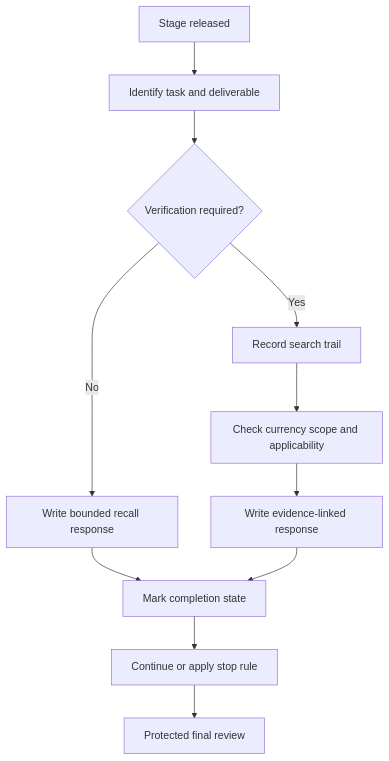
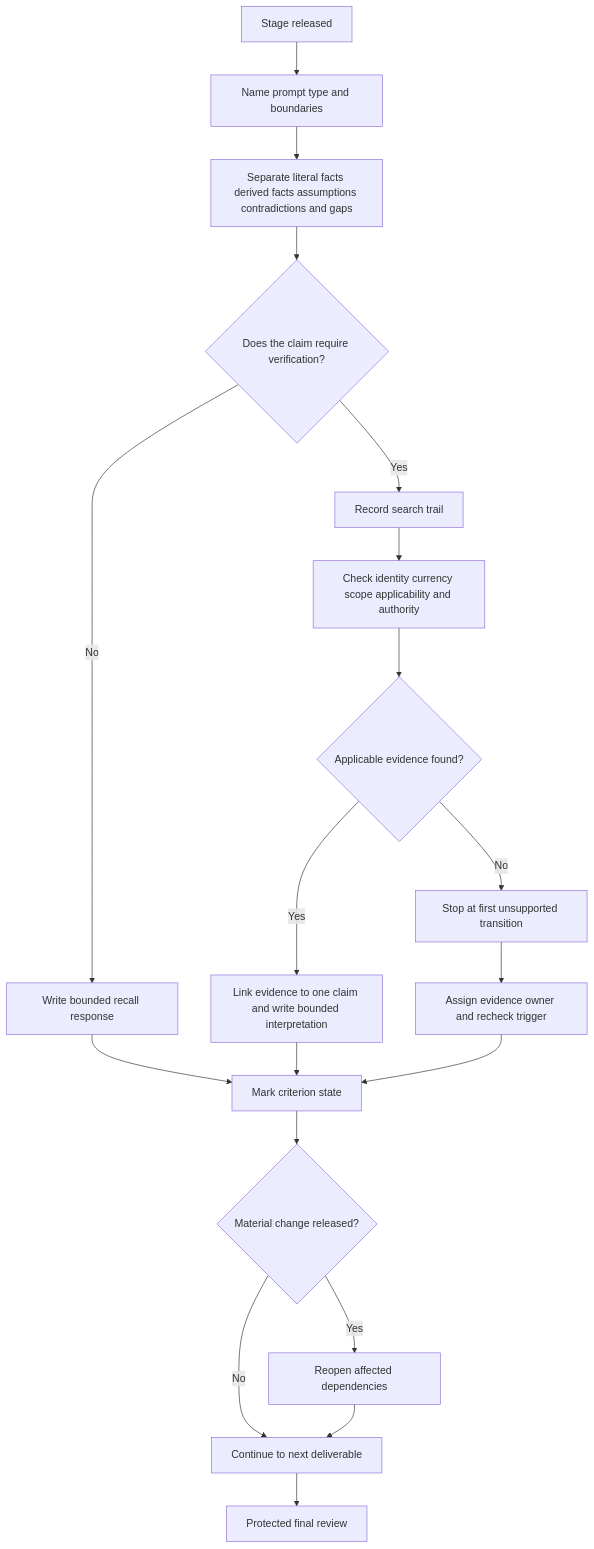
The first of 2 diagrams in docs/learning-plans/12-week/modules/day-79-staged-written-and-rule-navigation-mock-assessment.md (andrew3stedall/capstone), drawn with Mermaid before and after one commit. The commit also changed other lines of this file, not shown here.

````diff
--- a/docs/learning-plans/12-week/modules/day-79-staged-written-and-rule-navigation-mock-assessment.md
+++ b/docs/learning-plans/12-week/modules/day-79-staged-written-and-rule-navigation-mock-assessment.md
@@ -70,13 +96,21 @@
 ```mermaid
 flowchart TD
-  A[Stage released] --> B[Identify task and deliverable]
-  B --> C{Verification required?}
-  C -->|No| D[Write bounded recall response]
-  C -->|Yes| E[Record search trail]
-  E --> F[Check currency scope and applicability]
-  F --> G[Write evidence-linked response]
-  D --> H[Mark completion state]
-  G --> H
-  H --> I[Continue or apply stop rule]
-  I --> J[Protected final review]
+  A[Stage released] --> B[Name prompt type and boundaries]
+  B --> C[Separate literal facts derived facts assumptions contradictions and gaps]
+  C --> D{Does the claim require verification?}
+  D -->|No| E[Write bounded recall response]
+  D -->|Yes| F[Record search trail]
+  F --> G[Check identity currency scope applicability and authority]
+  G --> H{Applicable evidence found?}
+  H -->|Yes| I[Link evidence to one claim and write bounded interpretation]
+  H -->|No| J[Stop at first unsupported transition]
+  J --> K[Assign evidence owner and recheck trigger]
+  E --> L[Mark criterion state]
+  I --> L
+  K --> L
+  L --> M{Material change released?}
+  M -->|Yes| N[Reopen affected dependencies]
+  M -->|No| O[Continue to next deliverable]
+  N --> O
+  O --> P[Protected final review]
 ```
````
